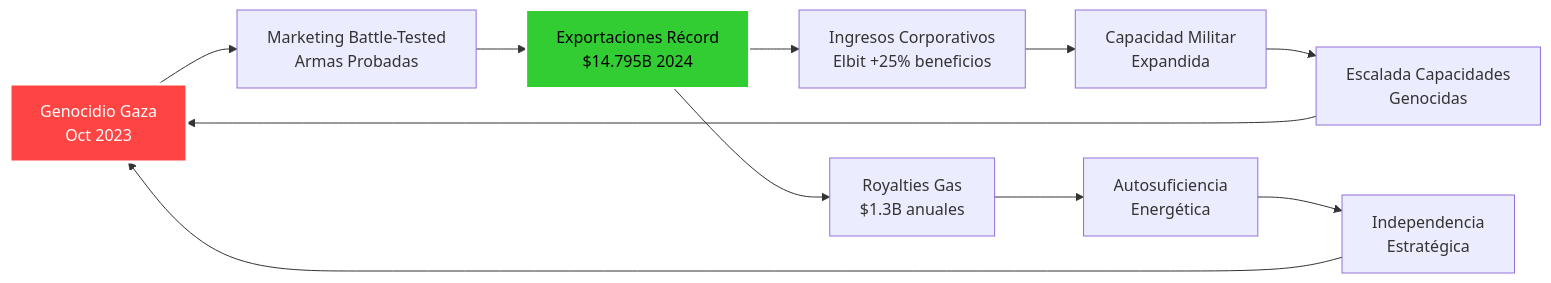
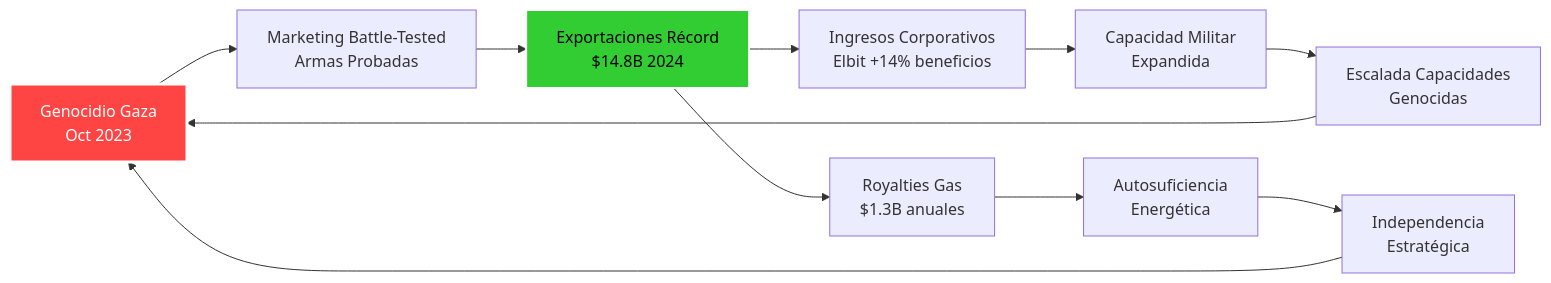
One commit to perpetuocambio/annotations changed diagram 13 of 20 in intel/israel_geopolitical_analysis.md. Above: the diagram before and after it, drawn with Mermaid. The commit also changed other lines of this file, not shown here.

````diff
--- a/intel/israel_geopolitical_analysis.md
+++ b/intel/israel_geopolitical_analysis.md
@@ -604,17 +629,17 @@
 ```mermaid
 graph LR
     A[Genocidio Gaza<br/>Oct 2023] --> B[Marketing Battle-Tested<br/>Armas Probadas]
-    B --> C[Exportaciones Récord<br/>$14.795B 2024]
-    C --> D[Ingresos Corporativos<br/>Elbit +25% beneficios]
+    B --> C[Exportaciones Récord<br/>$14.8B 2024]
+    C --> D[Ingresos Corporativos<br/>Elbit +14% beneficios]
     D --> E[Capacidad Militar<br/>Expandida]
     E --> F[Escalada Capacidades<br/>Genocidas]
     F --> A
 
     C --> G[Royalties Gas<br/>$1.3B anuales]
     G --> H[Autosuficiencia<br/>Energética]
     H --> I[Independencia<br/>Estratégica]
     I --> A
 
     style A fill:#ff4444,stroke:#fff,stroke-width:3px,color:#fff
     style C fill:#32cd32,stroke:#fff,stroke-width:2px,color:#000
 ```
````
